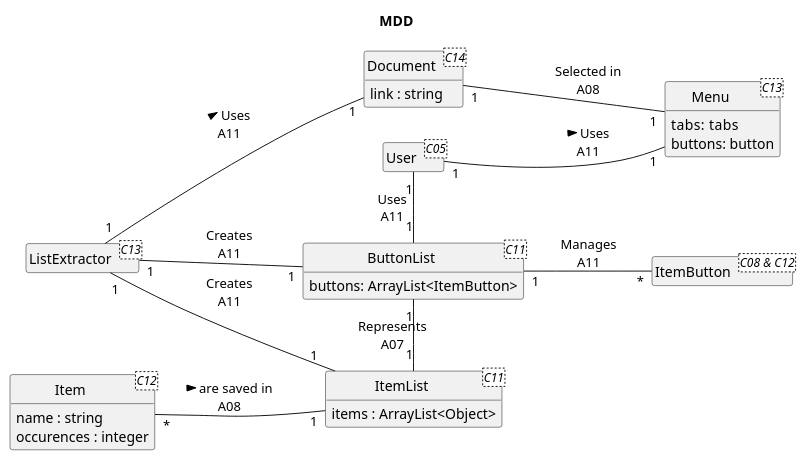
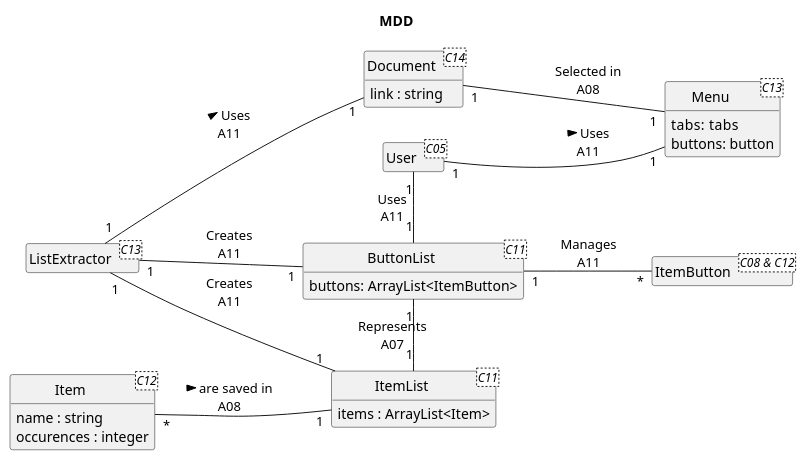
Before and after one commit to vexys001/RandoTracker: the diagram in docs/MDD/mdd_ite1.puml, drawn with PlantUML. The commit also changed 1 other file, not shown here.

```diff
--- a/docs/MDD/mdd_ite1.puml
+++ b/docs/MDD/mdd_ite1.puml
@@ -1,52 +1,52 @@
 @startuml
 skinparam style strictuml
 skinparam defaultfontname Verdana
 skinparam ControlStereotypeFontColor #blue
 left to right direction
 hide empty members
 'skinparam linetype ortho
 
 title MDD
 
 class User <C05> {}
 
 class Menu <C13> {
     tabs:  tabs
     buttons: button
 }
 
 class ItemList <C11> {
-    items : ArrayList<Object> 
+    items : ArrayList<Item> 
 }
 class Item <C12>  {
   name : string
   occurences : integer
 }
 
 class ButtonList<C11>{
     buttons: ArrayList<ItemButton>
 }
 
 class ItemButton <C08 & C12> {}
 
 class ListExtractor <C13> {}
 
 class Document <C14> {
     link : string
 }
 
 Document "1" -- "1" Menu : Selected in\nA08
 ListExtractor "1" -- "1" Document : > Uses\nA11
 
 User "1" -- "1" Menu : > Uses\nA11
 ButtonList "1" -l- "1" User :  Uses\nA11
 
 ListExtractor "1" -- "1" ButtonList :  Creates\nA11
 ListExtractor "1" -- "1" ItemList : Creates\nA11
 
 ItemList "1" -l- "1" ButtonList : Represents\nA07
 ButtonList "1" -- "*" ItemButton : Manages\nA11
 
 Item "*" -- "1" ItemList : > are saved in\nA08
 
 @enduml
```
